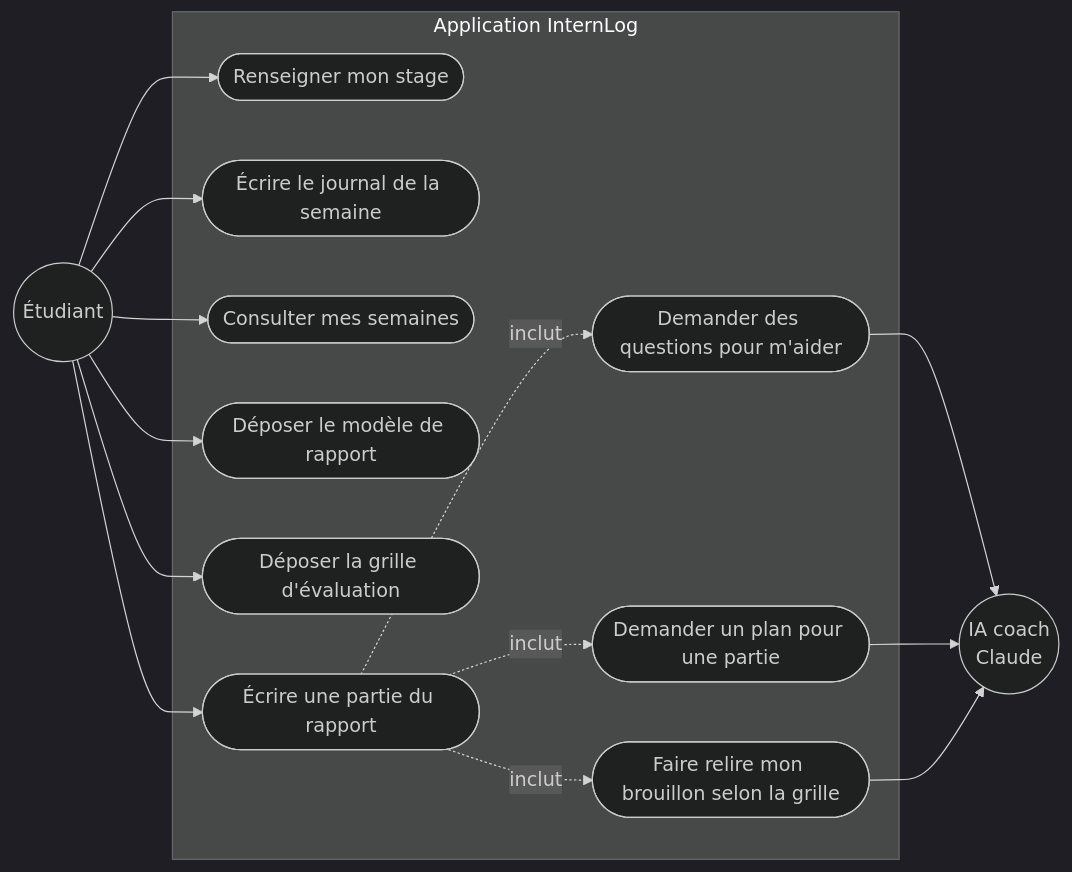
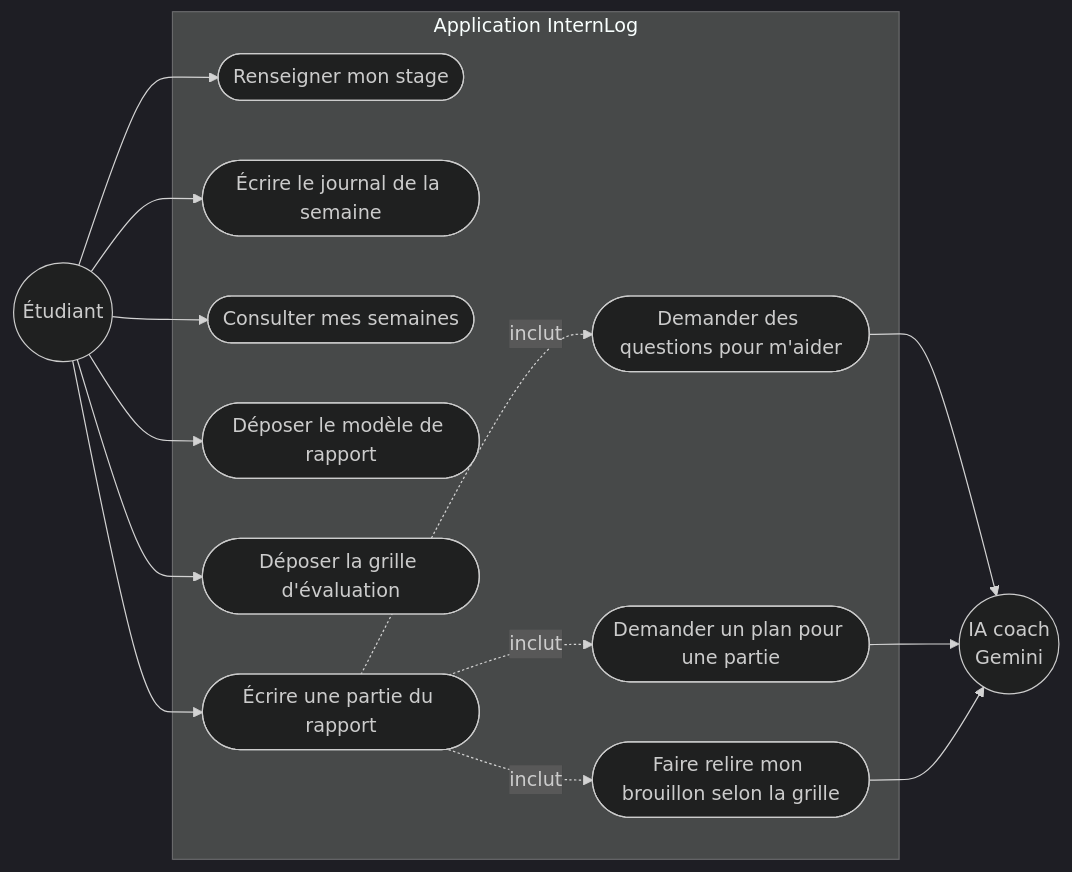
The first of 3 diagrams in docs/conception.md (diankha447/internlog), drawn with Mermaid (dark theme) before and after one commit. The commit also changed other lines of this file and 4 other files, not shown here.

First line of the commit message:
Coach IA sur Google Gemini (gratuit) par défaut

````diff
--- a/docs/conception.md
+++ b/docs/conception.md
@@ -13,30 +13,30 @@
 ```mermaid
 flowchart LR
     E((Étudiant))
-    IA((IA coach<br/>Claude))
+    IA((IA coach<br/>Gemini))
 
     subgraph App[Application InternLog]
         UC1([Renseigner mon stage])
         UC2([Écrire le journal de la semaine])
         UC3([Consulter mes semaines])
         UC4([Déposer le modèle de rapport])
         UC5([Déposer la grille d'évaluation])
         UC6([Écrire une partie du rapport])
         UC7([Demander des questions pour m'aider])
         UC8([Demander un plan pour une partie])
         UC9([Faire relire mon brouillon selon la grille])
     end
 
     E --> UC1
     E --> UC2
     E --> UC3
     E --> UC4
     E --> UC5
     E --> UC6
     UC6 -.inclut.-> UC7
     UC6 -.inclut.-> UC8
     UC6 -.inclut.-> UC9
     UC7 --> IA
     UC8 --> IA
     UC9 --> IA
 ```
````
